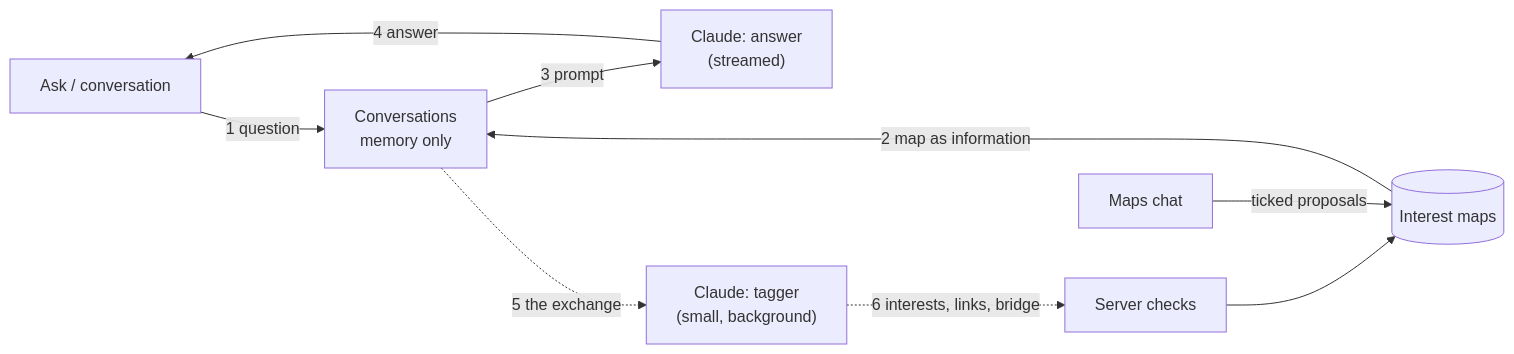
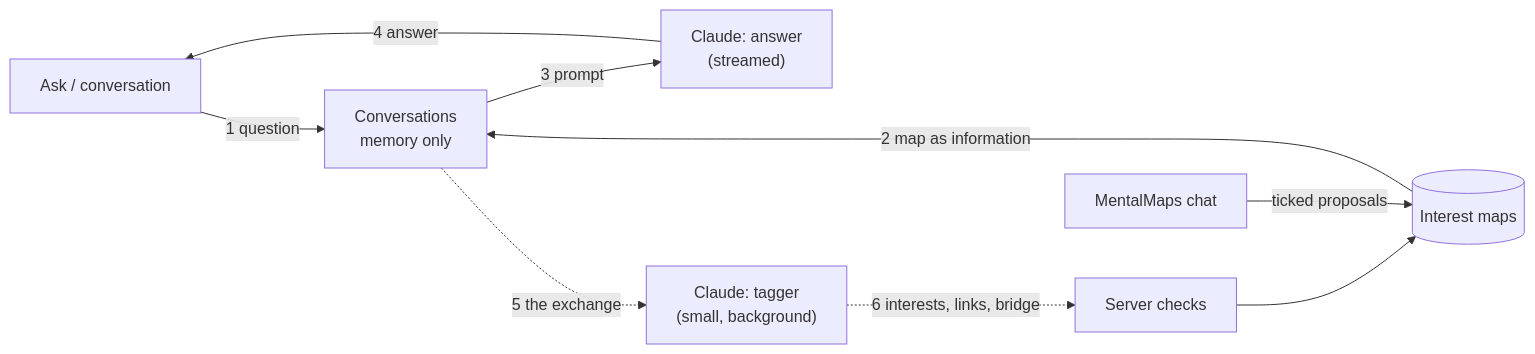
Before and after one commit to torenunez/lerni: the second of 2 diagrams in docs/ARCHITECTURE.md, drawn with Mermaid. The commit also changed other lines of this file and 11 other files, not shown here.

Commit message:
v2.17: MentalMaps, docs and to-do reorganized

````diff
--- a/docs/ARCHITECTURE.md
+++ b/docs/ARCHITECTURE.md
@@ -36,10 +36,10 @@
 ```mermaid
 flowchart LR
     screen["Ask / conversation"] -- "1 question" --> convo["Conversations<br/>memory only"]
     maps[("Interest maps")] -- "2 map as information" --> convo
     convo -- "3 prompt" --> claude["Claude: answer<br/>(streamed)"]
     claude -- "4 answer" --> screen
     convo -. "5 the exchange" .-> tagger["Claude: tagger<br/>(small, background)"]
     tagger -. "6 interests, links, bridge" .-> check["Server checks"] --> maps
-    edev["Maps chat"] -- "ticked proposals" --> maps
+    edev["MentalMaps chat"] -- "ticked proposals" --> maps
 ```
````
